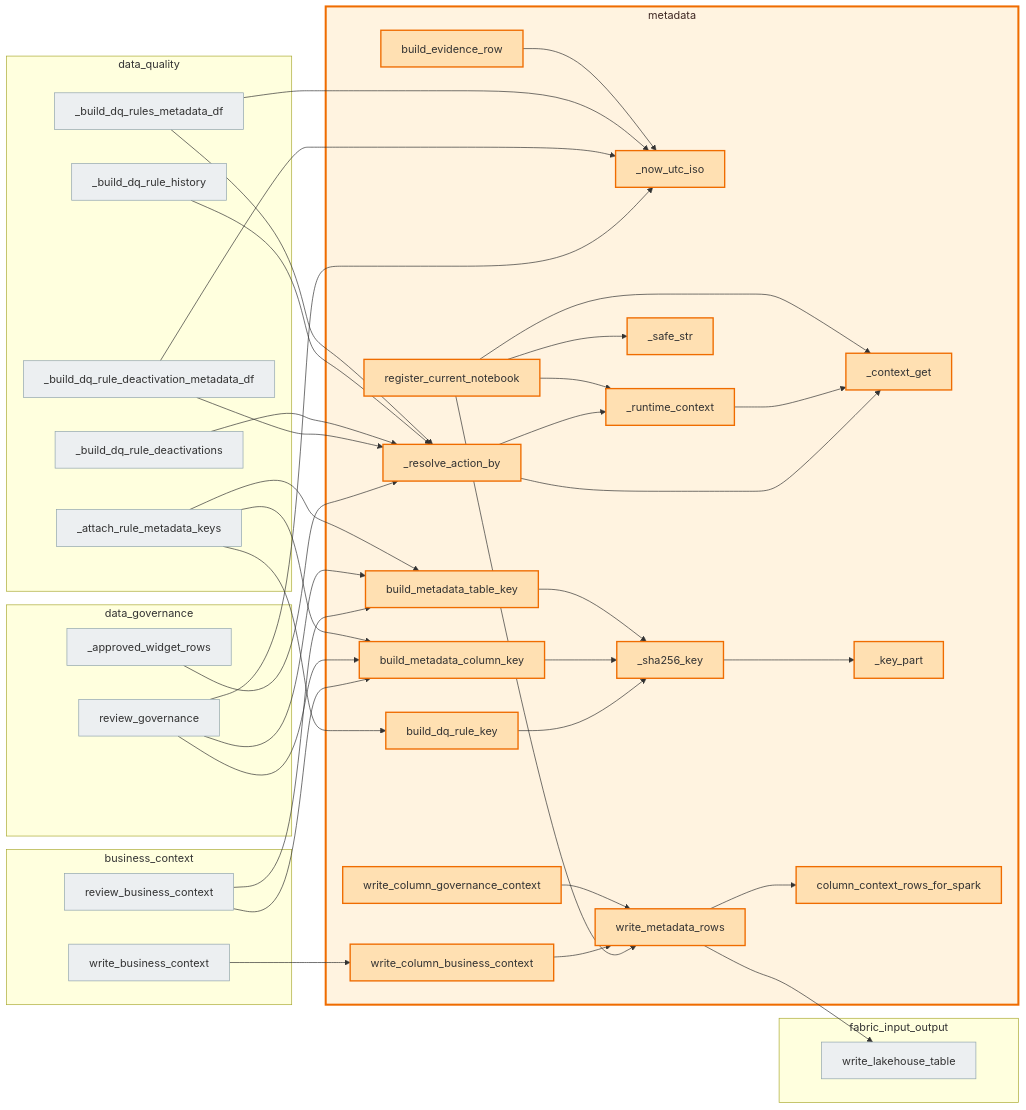
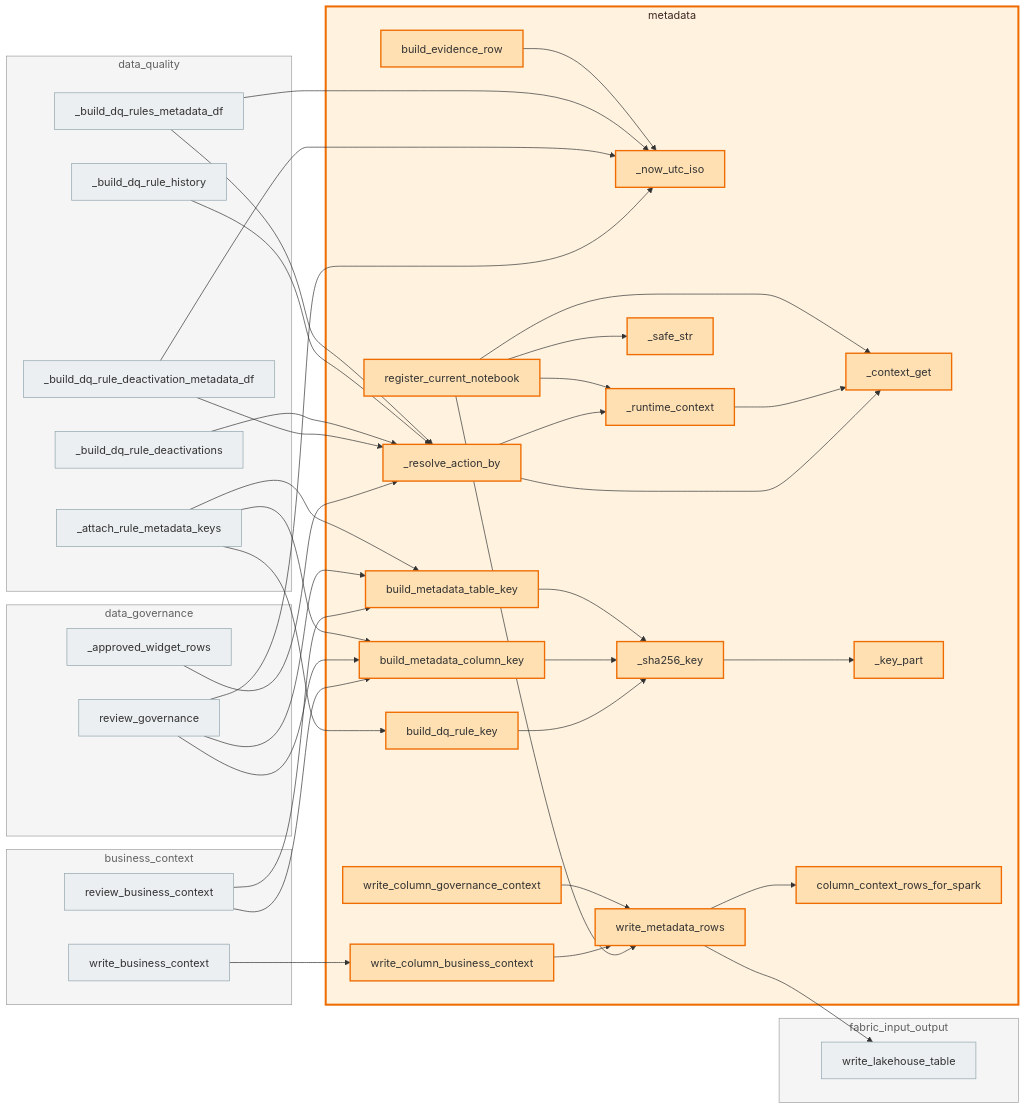
One commit to Voycepeh/FabricOps-Starter-Kit changed the diagram in docs/api/modules/metadata.md. Above: the diagram before and after it, drawn with Mermaid. The commit also changed other lines of this file and 14 other files, not shown here.

````diff
--- a/docs/api/modules/metadata.md
+++ b/docs/api/modules/metadata.md
@@ -100,78 +100,79 @@
 ```mermaid
 flowchart LR
   classDef currentModule fill:#fff3e0,stroke:#ef6c00,stroke-width:3px,color:#3e2723;
   classDef externalModule fill:#f5f5f5,stroke:#9e9e9e,stroke-width:1px,color:#616161;
   classDef currentCallable fill:#ffe0b2,stroke:#ef6c00,stroke-width:2px;
   classDef externalCallable fill:#eceff1,stroke:#90a4ae,stroke-width:1px;
   subgraph m_business_context[business_context]
     fabricops_kit_business_context_review_business_context["review_business_context"]
     fabricops_kit_business_context_write_business_context["write_business_context"]
   end
   subgraph m_data_governance[data_governance]
     fabricops_kit_data_governance__approved_widget_rows["_approved_widget_rows"]
     fabricops_kit_data_governance_review_governance["review_governance"]
   end
   subgraph m_data_quality[data_quality]
     fabricops_kit_data_quality__attach_rule_metadata_keys["_attach_rule_metadata_keys"]
     fabricops_kit_data_quality__build_dq_rule_deactivation_metadata_df["_build_dq_rule_deactivation_metadata_df"]
     fabricops_kit_data_quality__build_dq_rule_deactivations["_build_dq_rule_deactivations"]
     fabricops_kit_data_quality__build_dq_rule_history["_build_dq_rule_history"]
     fabricops_kit_data_quality__build_dq_rules_metadata_df["_build_dq_rules_metadata_df"]
   end
   subgraph m_fabric_input_output[fabric_input_output]
     fabricops_kit_fabric_input_output_write_lakehouse_table["write_lakehouse_table"]
   end
   subgraph m_metadata[metadata]
     fabricops_kit_metadata__context_get["_context_get"]
     fabricops_kit_metadata__key_part["_key_part"]
     fabricops_kit_metadata__now_utc_iso["_now_utc_iso"]
     fabricops_kit_metadata__resolve_action_by["_resolve_action_by"]
     fabricops_kit_metadata__runtime_context["_runtime_context"]
     fabricops_kit_metadata__safe_str["_safe_str"]
     fabricops_kit_metadata__sha256_key["_sha256_key"]
     fabricops_kit_metadata_build_dq_rule_key["build_dq_rule_key"]
     fabricops_kit_metadata_build_evidence_row["build_evidence_row"]
     fabricops_kit_metadata_build_metadata_column_key["build_metadata_column_key"]
     fabricops_kit_metadata_build_metadata_table_key["build_metadata_table_key"]
     fabricops_kit_metadata_column_context_rows_for_spark["column_context_rows_for_spark"]
     fabricops_kit_metadata_register_current_notebook["register_current_notebook"]
     fabricops_kit_metadata_write_column_business_context["write_column_business_context"]
     fabricops_kit_metadata_write_column_governance_context["write_column_governance_context"]
     fabricops_kit_metadata_write_metadata_rows["write_metadata_rows"]
   end
   fabricops_kit_business_context_review_business_context --> fabricops_kit_metadata_build_metadata_column_key
   fabricops_kit_business_context_review_business_context --> fabricops_kit_metadata_build_metadata_table_key
   fabricops_kit_business_context_write_business_context --> fabricops_kit_metadata_write_column_business_context
   fabricops_kit_data_governance__approved_widget_rows --> fabricops_kit_metadata__resolve_action_by
   fabricops_kit_data_governance_review_governance --> fabricops_kit_metadata__now_utc_iso
   fabricops_kit_data_governance_review_governance --> fabricops_kit_metadata_build_metadata_column_key
   fabricops_kit_data_governance_review_governance --> fabricops_kit_metadata_build_metadata_table_key
   fabricops_kit_data_quality__attach_rule_metadata_keys --> fabricops_kit_metadata_build_dq_rule_key
   fabricops_kit_data_quality__attach_rule_metadata_keys --> fabricops_kit_metadata_build_metadata_column_key
   fabricops_kit_data_quality__attach_rule_metadata_keys --> fabricops_kit_metadata_build_metadata_table_key
   fabricops_kit_data_quality__build_dq_rule_deactivation_metadata_df --> fabricops_kit_metadata__now_utc_iso
   fabricops_kit_data_quality__build_dq_rule_deactivation_metadata_df --> fabricops_kit_metadata__resolve_action_by
   fabricops_kit_data_quality__build_dq_rule_deactivations --> fabricops_kit_metadata__resolve_action_by
   fabricops_kit_data_quality__build_dq_rule_history --> fabricops_kit_metadata__resolve_action_by
   fabricops_kit_data_quality__build_dq_rules_metadata_df --> fabricops_kit_metadata__now_utc_iso
   fabricops_kit_data_quality__build_dq_rules_metadata_df --> fabricops_kit_metadata__resolve_action_by
   fabricops_kit_metadata__resolve_action_by --> fabricops_kit_metadata__context_get
   fabricops_kit_metadata__resolve_action_by --> fabricops_kit_metadata__runtime_context
   fabricops_kit_metadata__runtime_context --> fabricops_kit_metadata__context_get
   fabricops_kit_metadata__sha256_key --> fabricops_kit_metadata__key_part
   fabricops_kit_metadata_build_dq_rule_key --> fabricops_kit_metadata__sha256_key
   fabricops_kit_metadata_build_evidence_row --> fabricops_kit_metadata__now_utc_iso
   fabricops_kit_metadata_build_metadata_column_key --> fabricops_kit_metadata__sha256_key
   fabricops_kit_metadata_build_metadata_table_key --> fabricops_kit_metadata__sha256_key
   fabricops_kit_metadata_register_current_notebook --> fabricops_kit_metadata__context_get
   fabricops_kit_metadata_register_current_notebook --> fabricops_kit_metadata__runtime_context
   fabricops_kit_metadata_register_current_notebook --> fabricops_kit_metadata__safe_str
   fabricops_kit_metadata_register_current_notebook --> fabricops_kit_metadata_write_metadata_rows
   fabricops_kit_metadata_write_column_business_context --> fabricops_kit_metadata_write_metadata_rows
   fabricops_kit_metadata_write_column_governance_context --> fabricops_kit_metadata_write_metadata_rows
   fabricops_kit_metadata_write_metadata_rows --> fabricops_kit_fabric_input_output_write_lakehouse_table
   fabricops_kit_metadata_write_metadata_rows --> fabricops_kit_metadata_column_context_rows_for_spark
   class m_metadata currentModule;
+  class m_business_context,m_data_governance,m_data_quality,m_fabric_input_output externalModule;
   class fabricops_kit_metadata__context_get,fabricops_kit_metadata__key_part,fabricops_kit_metadata__now_utc_iso,fabricops_kit_metadata__resolve_action_by,fabricops_kit_metadata__runtime_context,fabricops_kit_metadata__safe_str,fabricops_kit_metadata__sha256_key,fabricops_kit_metadata_build_dq_rule_key,fabricops_kit_metadata_build_evidence_row,fabricops_kit_metadata_build_metadata_column_key,fabricops_kit_metadata_build_metadata_table_key,fabricops_kit_metadata_column_context_rows_for_spark,fabricops_kit_metadata_register_current_notebook,fabricops_kit_metadata_write_column_business_context,fabricops_kit_metadata_write_column_governance_context,fabricops_kit_metadata_write_metadata_rows currentCallable;
   class fabricops_kit_business_context_review_business_context,fabricops_kit_business_context_write_business_context,fabricops_kit_data_governance__approved_widget_rows,fabricops_kit_data_governance_review_governance,fabricops_kit_data_quality__attach_rule_metadata_keys,fabricops_kit_data_quality__build_dq_rule_deactivation_metadata_df,fabricops_kit_data_quality__build_dq_rule_deactivations,fabricops_kit_data_quality__build_dq_rule_history,fabricops_kit_data_quality__build_dq_rules_metadata_df,fabricops_kit_fabric_input_output_write_lakehouse_table externalCallable;
 ```
````
